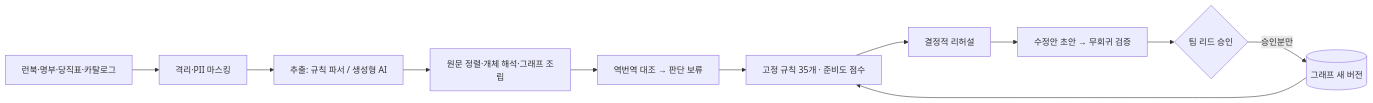
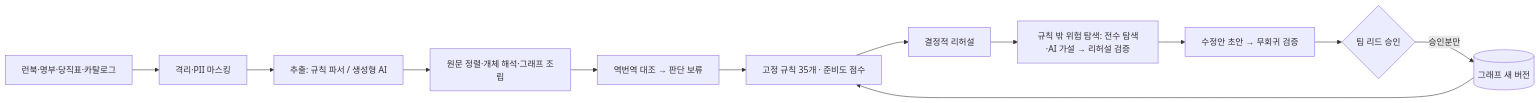
The diagram in README.md (euihakheo1/jettae-ops), drawn with Mermaid before and after one commit. The commit also changed other lines of this file and 28 other files, not shown here.

````diff
--- a/README.md
+++ b/README.md
@@ -124,13 +127,14 @@
 ```mermaid
 flowchart LR
   A[런북·명부·당직표·카탈로그] --> G[격리·PII 마스킹]
   G --> X[추출: 규칙 파서 / 생성형 AI]
   X --> AS[원문 정렬·개체 해석·그래프 조립]
   AS --> V[역번역 대조 → 판단 보류]
   V --> C[고정 규칙 35개 · 준비도 점수]
   C --> R[결정적 리허설]
-  R --> D[수정안 초안 → 무회귀 검증]
+  R --> E[규칙 밖 위험 탐색: 전수 탐색·AI 가설 → 리허설 검증]
+  E --> D[수정안 초안 → 무회귀 검증]
   D --> H{팀 리드 승인}
   H -->|승인분만| GV[(그래프 새 버전)]
   GV --> C
 ```
````
